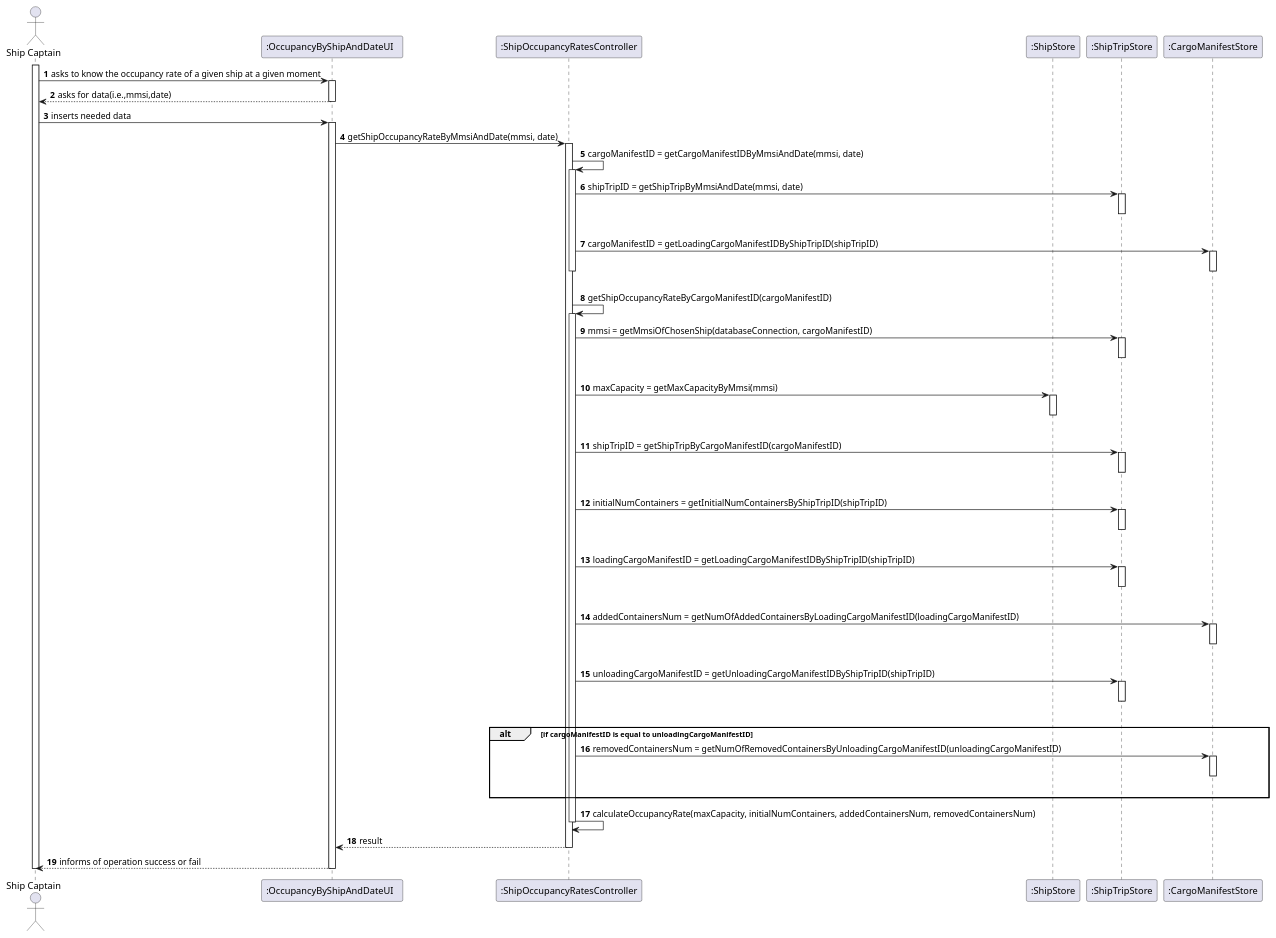
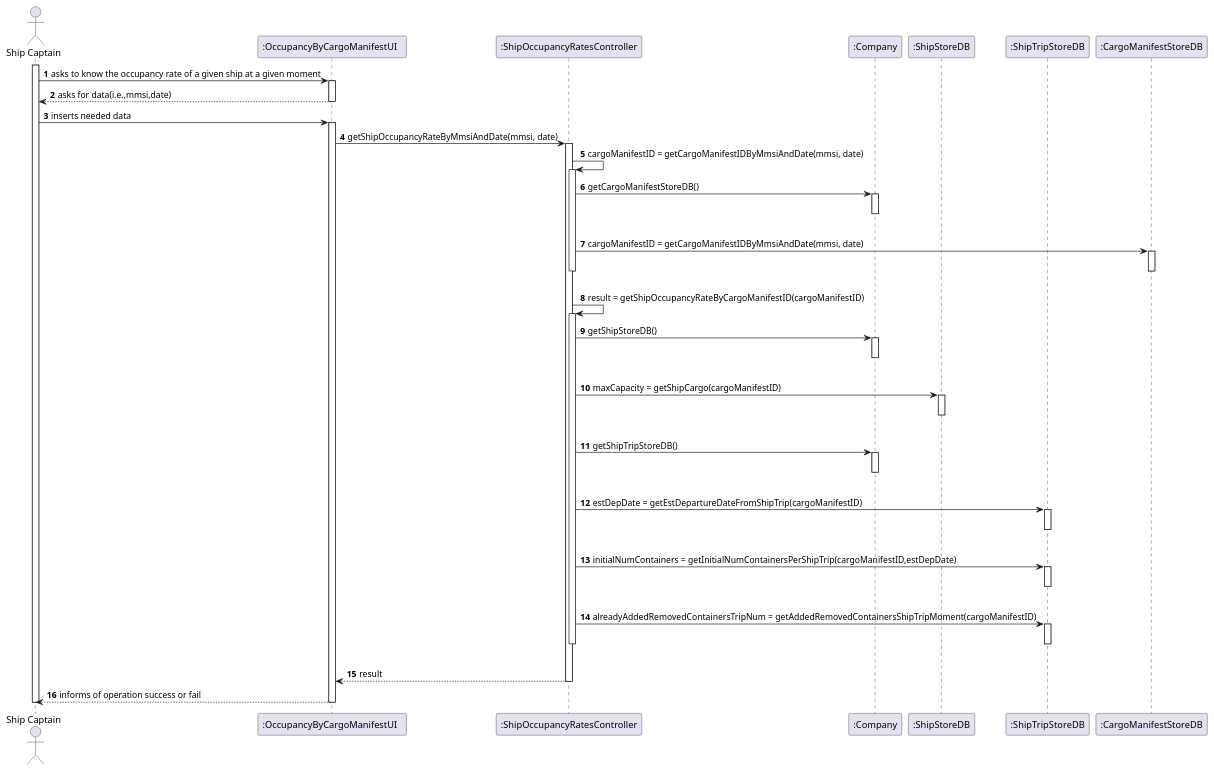
The diagram in docs/US209/US_209_SD.puml (ana-albergaria/LAPR3-ISEP), drawn with PlantUML before and after one commit. The commit also changed 3 other files, not shown here.

```diff
--- a/docs/US209/US_209_SD.puml
+++ b/docs/US209/US_209_SD.puml
@@ -1,92 +1,65 @@
 @startuml
 autonumber
 'hide footbox
 actor "Ship Captain" as SC
-participant ":OccupancyByShipAndDateUI  " as UI
+participant ":OccupancyByCargoManifestUI  " as UI
 participant ":ShipOccupancyRatesController" as CTRL
-participant ":ShipStore" as SS
-participant ":ShipTripStore" as STS
-participant ":CargoManifestStore" as CMS
-'participant ":ContainersStore" as CS
-'participant ":Company" as CMP
-'participant ":ShipStore" as STORE
-'participant ":ShipsBST" as SBST
-'participant ":Ship" as SHIP
+participant ":Company" as CMP
+participant ":ShipStoreDB" as SS
+participant ":ShipTripStoreDB" as STS
+participant ":CargoManifestStoreDB" as CMS
 
 activate SC
 SC -> UI : asks to know the occupancy rate of a given ship at a given moment
 activate UI
 UI --> SC : asks for data(i.e.,mmsi,date)
 deactivate UI
 SC -> UI : inserts needed data
 activate UI
 UI -> CTRL : getShipOccupancyRateByMmsiAndDate(mmsi, date)
 activate CTRL
 CTRL -> CTRL : cargoManifestID = getCargoManifestIDByMmsiAndDate(mmsi, date)
 activate CTRL
-'tenho de ver a ship trip com esse mmsi e data no intervalo
-'e tenho de ir buscar o loading
-CTRL -> STS : shipTripID = getShipTripByMmsiAndDate(mmsi, date)
-activate STS
+CTRL -> CMP : getCargoManifestStoreDB()
+activate CMP
 |||
-deactivate STS
-CTRL -> CMS : cargoManifestID = getLoadingCargoManifestIDByShipTripID(shipTripID)
+deactivate CMP
+CTRL -> CMS : cargoManifestID = getCargoManifestIDByMmsiAndDate(mmsi, date)
 activate CMS
 |||
 deactivate CMS
 deactivate CTRL
-
-
-CTRL -> CTRL : getShipOccupancyRateByCargoManifestID(cargoManifestID)
+CTRL -> CTRL : result = getShipOccupancyRateByCargoManifestID(cargoManifestID)
 activate CTRL
-
-CTRL -> STS : mmsi = getMmsiOfChosenShip(databaseConnection, cargoManifestID)
-'tenho de saber se procuro o cargoManifestID na parte do loadingID ou do unloadingID
+CTRL -> CMP : getShipStoreDB()
+activate CMP
+|||
+deactivate CMP
+CTRL -> SS : maxCapacity = getShipCargo(cargoManifestID)
+activate SS
+|||
+deactivate SS
+CTRL -> CMP : getShipTripStoreDB()
+activate CMP
+|||
+deactivate CMP
+CTRL -> STS : estDepDate = getEstDepartureDateFromShipTrip(cargoManifestID)
 activate STS
 |||
 deactivate STS
-'preciso da capacidade total em nr de contentores
-'preciso do numero de contetores atualmente no ship
-CTRL -> SS : maxCapacity = getMaxCapacityByMmsi(mmsi)
-activate SS
-|||
-deactivate SS
-CTRL -> STS : shipTripID = getShipTripByCargoManifestID(cargoManifestID)
-'o loading_cargo_id ou o unloading_cargo_id têm de ter esse id
+CTRL -> STS : initialNumContainers = getInitialNumContainersPerShipTrip(cargoManifestID,estDepDate)
 activate STS
 |||
 deactivate STS
-CTRL -> STS: initialNumContainers = getInitialNumContainersByShipTripID(shipTripID)
+CTRL -> STS : alreadyAddedRemovedContainersTripNum = getAddedRemovedContainersShipTripMoment(cargoManifestID)
 activate STS
 |||
 deactivate STS
-CTRL -> STS: loadingCargoManifestID = getLoadingCargoManifestIDByShipTripID(shipTripID)
-activate STS
-|||
-deactivate STS
-CTRL -> CMS: addedContainersNum = getNumOfAddedContainersByLoadingCargoManifestID(loadingCargoManifestID)
-activate CMS
-|||
-deactivate CMS
-CTRL -> STS: unloadingCargoManifestID = getUnloadingCargoManifestIDByShipTripID(shipTripID)
-activate STS
-|||
-deactivate STS
-alt if cargoManifestID is equal to unloadingCargoManifestID
-CTRL -> CMS: removedContainersNum = getNumOfRemovedContainersByUnloadingCargoManifestID(unloadingCargoManifestID)
-activate CMS
-|||
-deactivate CMS
-end
-CTRL -> CTRL : calculateOccupancyRate(maxCapacity, initialNumContainers, addedContainersNum, removedContainersNum)
 deactivate CTRL
-
-
-
 CTRL --> UI : result
 deactivate CTRL
 UI --> SC : informs of operation success or fail
 deactivate UI
 deactivate SC
 
 @enduml
```
